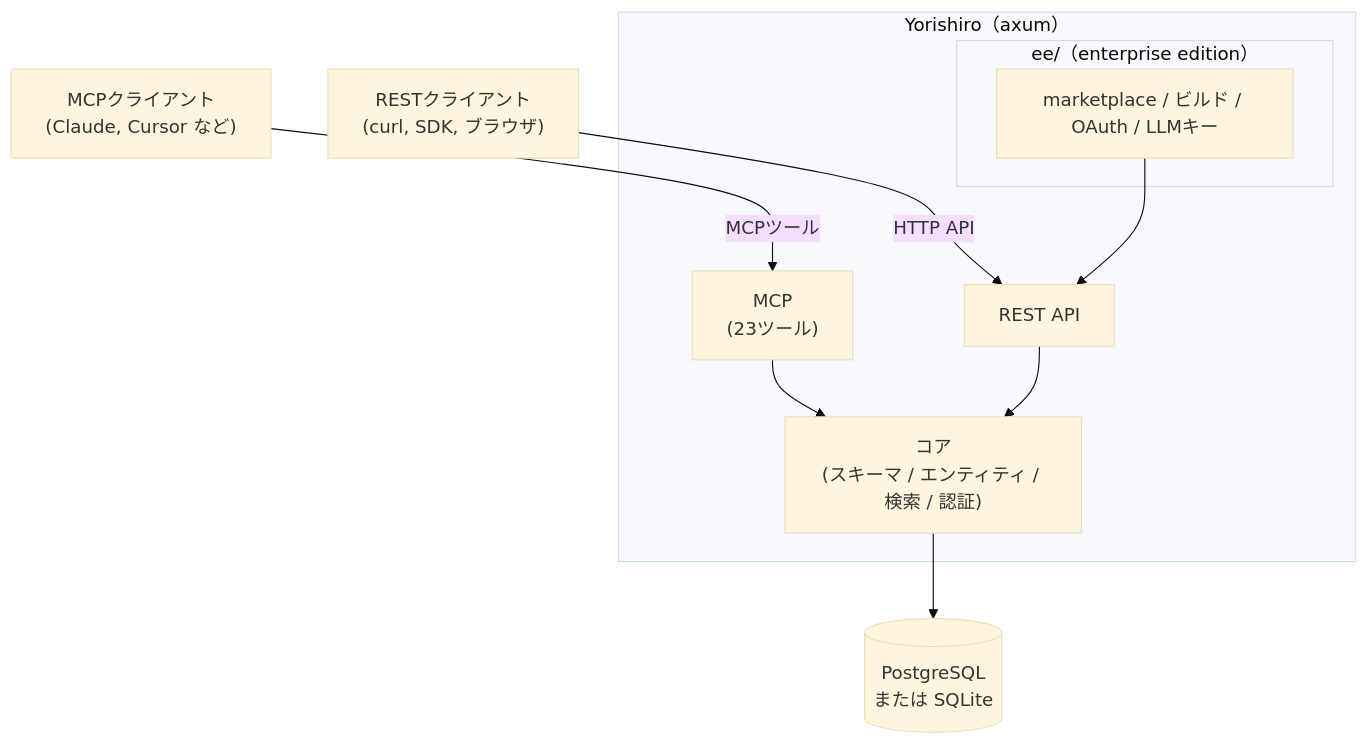
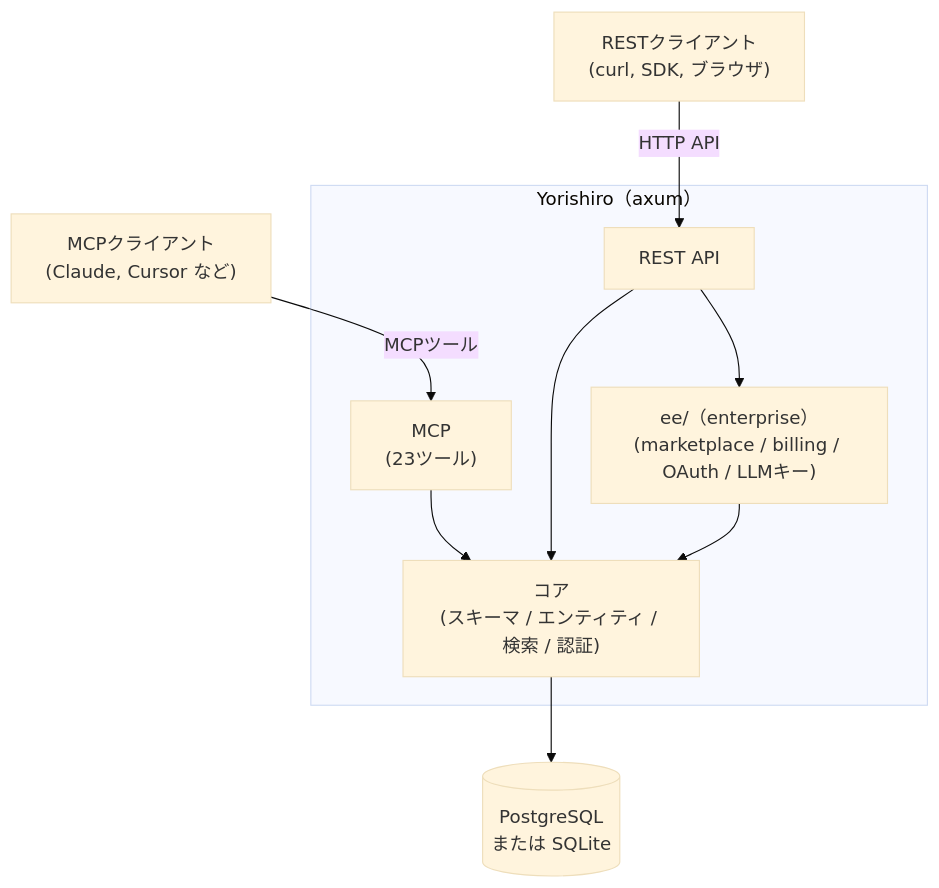
Before and after one commit to yorishiro-ai/yorishiro: the diagram in README.jp.md, drawn with Mermaid (base theme). The commit also changed other lines of this file and 11 other files, not shown here.

Commit message:
fix: correct README architecture diagram and split installation docs

````diff
--- a/README.jp.md
+++ b/README.jp.md
@@ -19,25 +26,22 @@
 ```mermaid
 flowchart TD
     MCPClient["MCPクライアント<br/>(Claude, Cursor など)"]
     RESTClient["RESTクライアント<br/>(curl, SDK, ブラウザ)"]
 
     subgraph Server["Yorishiro（axum）"]
         MCP["MCP<br/>(23ツール)"]
         REST["REST API"]
-
-        subgraph Enterprise["ee/（enterprise edition）"]
-            EE["marketplace / ビルド / OAuth / LLMキー"]
-        end
-
         Core["コア<br/>(スキーマ / エンティティ / 検索 / 認証)"]
+        Enterprise["ee/（enterprise）<br/>(marketplace / billing / OAuth / LLMキー)"]
     end
 
     DB[("PostgreSQL<br/>または SQLite")]
 
     MCPClient -->|"MCPツール"| MCP
     RESTClient -->|"HTTP API"| REST
     MCP --> Core
     REST --> Core
-    EE --> REST
+    REST --> Enterprise
+    Enterprise --> Core
     Core --> DB
 ```
````
